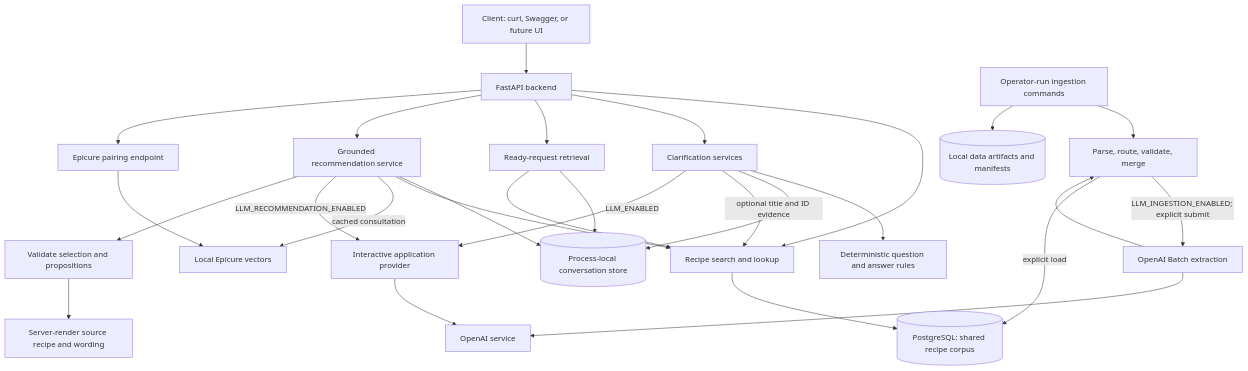
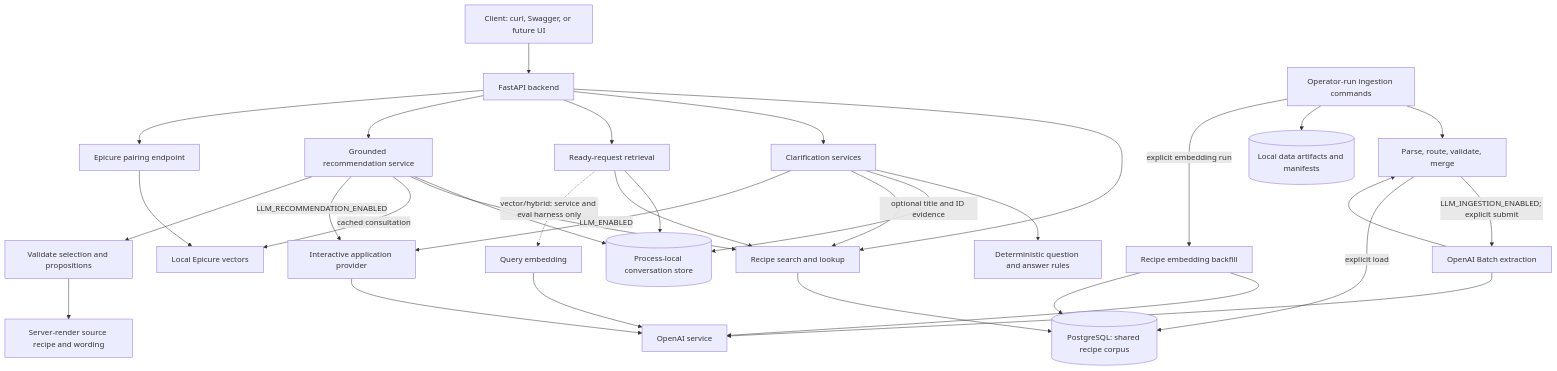
The first of 2 diagrams in docs/architecture/README.md (fssonca/culinary-copilot), drawn with Mermaid before and after one commit. The commit also changed other lines of this file and 25 other files, not shown here.

````diff
--- a/docs/architecture/README.md
+++ b/docs/architecture/README.md
@@ -30,30 +35,35 @@
 ```mermaid
 flowchart TB
     Client["Client: curl, Swagger, or future UI"] --> API["FastAPI backend"]
     API --> Recipes["Recipe search and lookup"]
     Recipes --> PG[("PostgreSQL: shared recipe corpus")]
     API --> Clarify["Clarification services"]
     Clarify --> Rules["Deterministic question and answer rules"]
     Clarify --> Memory[("Process-local conversation store")]
     Clarify -->|"optional title and ID evidence"| Recipes
     Clarify -->|"LLM_ENABLED"| AppLLM["Interactive application provider"]
     AppLLM --> OpenAI["OpenAI service"]
     API --> Retrieval["Ready-request retrieval"]
     Retrieval --> Memory
     Retrieval --> Recipes
+    Retrieval -.->|"vector/hybrid: service and eval harness only"| QueryEmbed["Query embedding"]
+    QueryEmbed --> OpenAI
     API --> Recommend["Grounded recommendation service"]
     Recommend --> Memory
     Recommend --> Recipes
     Recommend -->|"cached consultation"| Epicure
     Recommend -->|"LLM_RECOMMENDATION_ENABLED"| AppLLM
     Recommend --> Validation["Validate selection and propositions"]
     Validation --> Render["Server-render source recipe and wording"]
     API --> Pairings["Epicure pairing endpoint"]
     Pairings --> Epicure["Local Epicure vectors"]
     CLI["Operator-run ingestion commands"] --> Parse["Parse, route, validate, merge"]
     Parse -->|"LLM_INGESTION_ENABLED; explicit submit"| Batch["OpenAI Batch extraction"]
     Batch --> OpenAI
     Batch --> Parse
     Parse -->|"explicit load"| PG
     CLI --> Artifacts[("Local data artifacts and manifests")]
+    CLI -->|"explicit embedding run"| EmbedCLI["Recipe embedding backfill"]
+    EmbedCLI --> OpenAI
+    EmbedCLI --> PG
 ```
````
